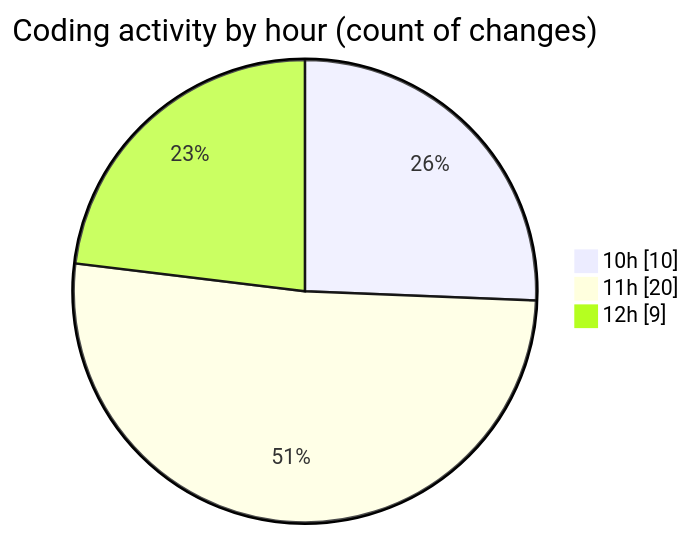
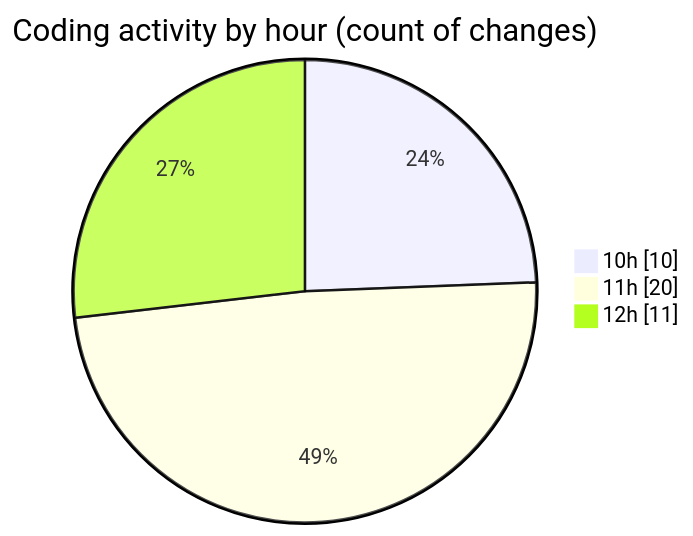
One commit to BS-eng2023/code-tracking changed the second of 2 diagrams in 2025-03-31/jsvms/README.md. Above: the diagram before and after it, drawn with Mermaid. The commit also changed other lines of this file and 1 other file, not shown here.

````diff
--- a/2025-03-31/jsvms/README.md
+++ b/2025-03-31/jsvms/README.md
@@ -42,7 +44,7 @@
 ```mermaid
 pie showData
 title Coding activity by hour (count of changes)
 "10h" : 10
 "11h" : 20
-"12h" : 9
+"12h" : 11
 ```
````
